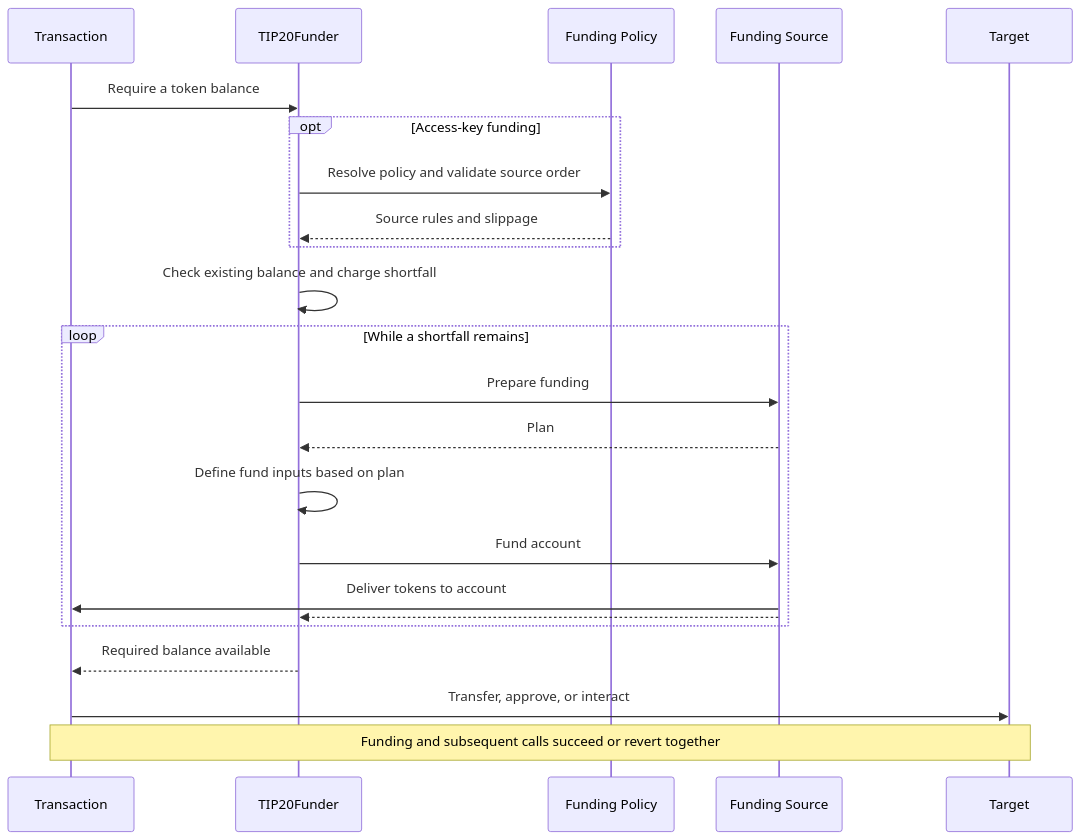
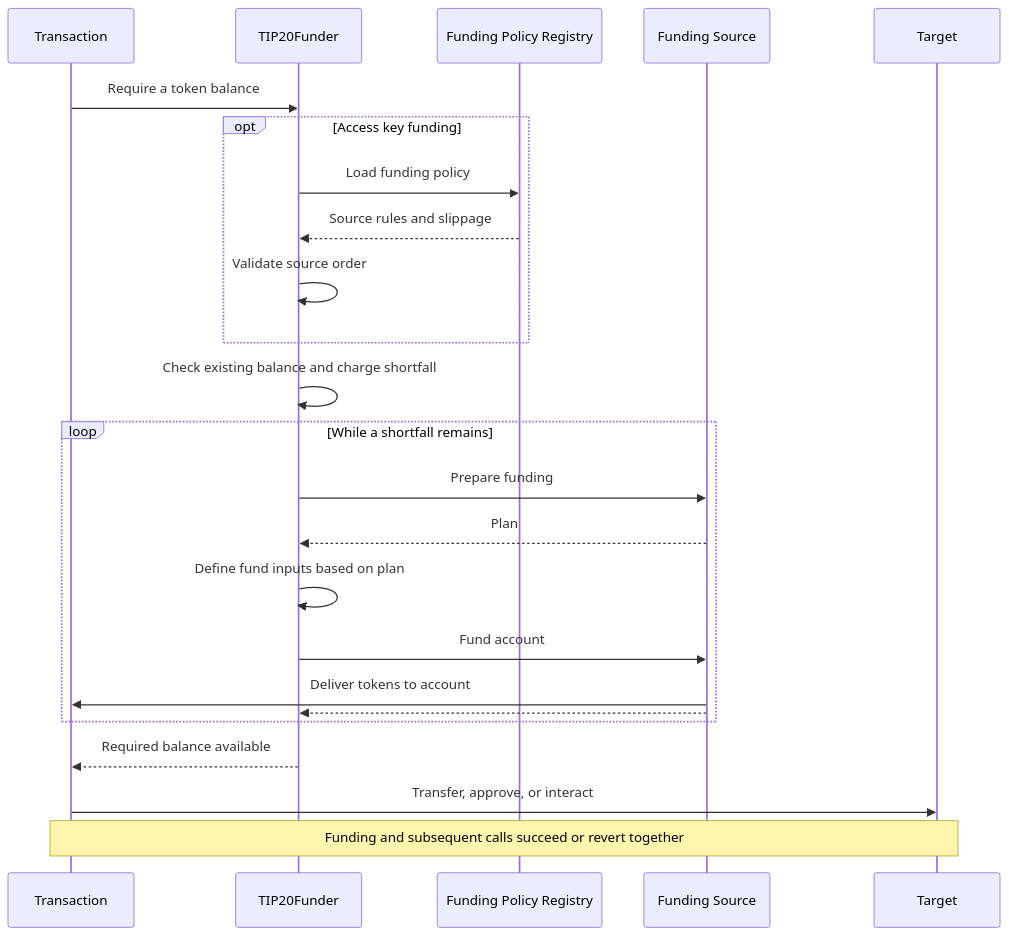
One commit to tempoxyz/tempo changed the diagram in tips/tip-1120.md. Above: the diagram before and after it, drawn with Mermaid. The commit also changed other lines of this file, not shown here.

Commit message:
docs(tip-1120): separate funding policy registry

````diff
--- a/tips/tip-1120.md
+++ b/tips/tip-1120.md
@@ -45,26 +45,27 @@
 ```mermaid
 sequenceDiagram
     participant C as Transaction
     participant P as TIP20Funder
-    participant R as Funding Policy
+    participant R as Funding Policy Registry
     participant F as Funding Source
     participant A as Target
 
     C->>P: Require a token balance
-    opt Access-key funding
-        P->>R: Resolve policy and validate source order
+    opt Access key funding
+        P->>R: Load funding policy
         R-->>P: Source rules and slippage
+        P->>P: Validate source order
     end
     P->>P: Check existing balance and charge shortfall
     loop While a shortfall remains
         P->>F: Prepare funding
         F-->>P: Plan
         P->>P: Define fund inputs based on plan
         P->>F: Fund account
         F->>C: Deliver tokens to account
         F-->>P:
     end
     P-->>C: Required balance available
     C->>A: Transfer, approve, or interact
     Note over C,A: Funding and subsequent calls succeed or revert together
 ```
````
